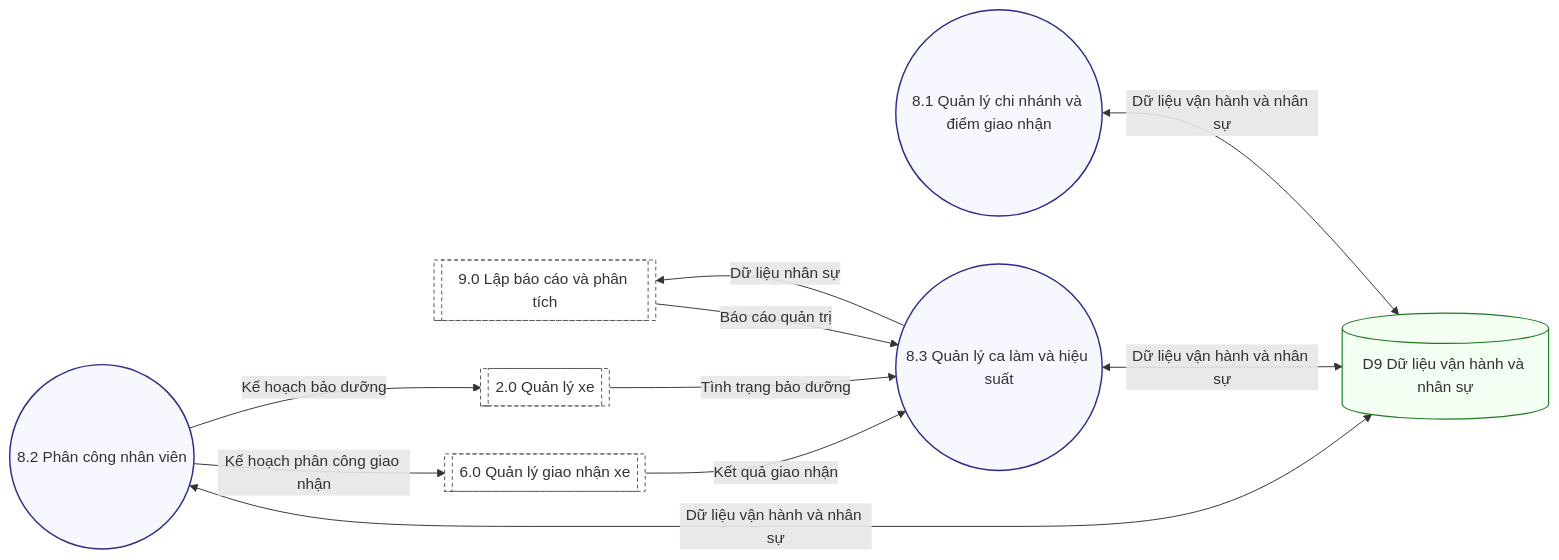
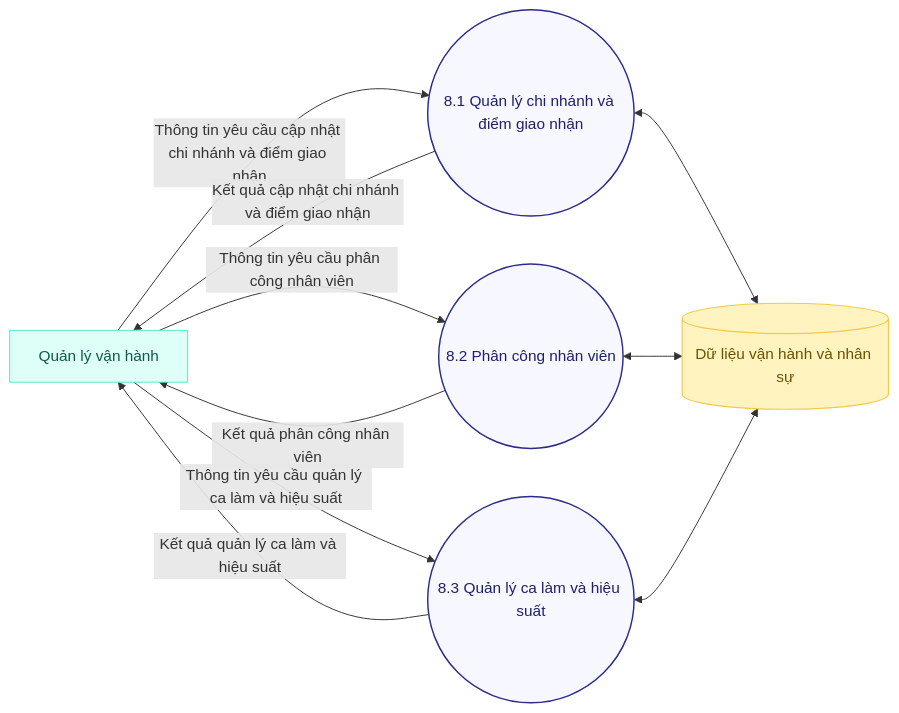
One commit to TriNguyenThanh/UCar changed the diagram in Docs/UML/DFD_8.mmd. Above: the diagram before and after it, drawn with Mermaid. The commit also changed 58 other files, not shown here.

```diff
--- a/Docs/UML/DFD_8.mmd
+++ b/Docs/UML/DFD_8.mmd
@@ -1,26 +1,27 @@
 flowchart LR
-  classDef proc fill:#f7f7ff,stroke:#2b2b8a,stroke-width:1.5px;
-  classDef store fill:#f3fff3,stroke:#1f7a1f,stroke-width:1.2px;
-  classDef internal fill:#fff,stroke:#555,stroke-width:1px,stroke-dasharray: 4 3;
+  classDef ext fill:#DEFFF8,stroke:#46EDC8,stroke-width:1px,color:#0b5b4a;
+  classDef proc fill:#f7f7ff,stroke:#2b2b8a,stroke-width:1.5px,color:#1f1f6b;
+  classDef store fill:#FFF3BF,stroke:#F2C94C,stroke-width:1.2px,color:#6b5200;
 
-  P9i[[9.0 Lập báo cáo và phân tích]]:::internal
-  P6i[[6.0 Quản lý giao nhận xe]]:::internal
-  P2i[[2.0 Quản lý xe]]:::internal
+  QLVH[Quản lý vận hành]:::ext
 
-  D9[(D9 Dữ liệu vận hành và nhân sự)]:::store
+
+  D9[(Dữ liệu vận hành và nhân sự)]:::store
 
   P81((8.1 Quản lý chi nhánh và điểm giao nhận)):::proc
   P82((8.2 Phân công nhân viên)):::proc
   P83((8.3 Quản lý ca làm và hiệu suất)):::proc
 
-  P9i -->|Báo cáo quản trị| P83
-  P6i -->|Kết quả giao nhận| P83
-  P2i -->|Tình trạng bảo dưỡng| P83
 
-  P81 <--> |Dữ liệu vận hành và nhân sự| D9
-  P82 <--> |Dữ liệu vận hành và nhân sự| D9
-  P83 <--> |Dữ liệu vận hành và nhân sự| D9
+  P81 <--> D9
+  P82 <--> D9
+  P83 <--> D9
 
-  P82 -->|Kế hoạch phân công giao nhận| P6i
-  P82 -->|Kế hoạch bảo dưỡng| P2i
-  P83 -->|Dữ liệu nhân sự| P9i
+  QLVH -->|Thông tin yêu cầu cập nhật chi nhánh và điểm giao nhận| P81
+  P81 -->|Kết quả cập nhật chi nhánh và điểm giao nhận| QLVH
+
+  QLVH -->|Thông tin yêu cầu phân công nhân viên| P82
+  P82 -->|Kết quả phân công nhân viên| QLVH
+
+  QLVH -->|Thông tin yêu cầu quản lý ca làm và hiệu suất| P83
+  P83 -->|Kết quả quản lý ca làm và hiệu suất| QLVH
```
